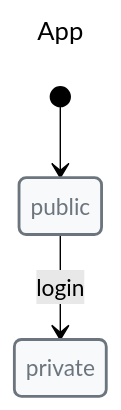
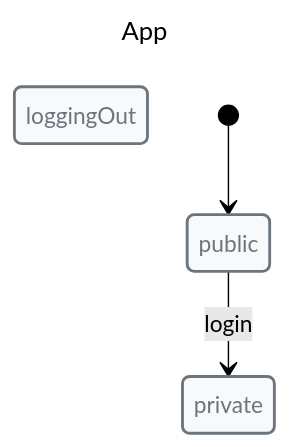
Before and after one commit to Masquerade-Circus/x-robot: the second of 2 diagrams in docs/concepts/nested.md, drawn with Mermaid (forest theme). The commit also changed other lines of this file and 123 other files, not shown here.

Commit message:
refactor: improve mermaid code

````diff
--- a/docs/concepts/nested.md
+++ b/docs/concepts/nested.md
@@ -62,25 +62,26 @@
 ```mermaid
 ---
 title: App
 ---
 
 stateDiagram-v2
+direction TB
 
 classDef danger fill:#f8d7da,stroke:#721c24,stroke-width:2px,text-align:left,color:#721c24
 classDef warning fill:#fff3cd,stroke:#856404,stroke-width:2px,text-align:left,color:#856404
 classDef success fill:#d4edda,stroke:#155724,stroke-width:2px,text-align:left,color:#155724
 classDef primary fill:#cce5ff,stroke:#004085,stroke-width:2px,text-align:left,color:#004085
 classDef info fill:#d1ecf1,stroke:#0c5460,stroke-width:2px,text-align:left,color:#0c5460
 classDef def fill:#f8f9fa,stroke:#6c757d,stroke-width:2px,text-align:left,color:#6c757d
 
-state public
-state private
-state loggingOut
+state "public" as public
+state "private" as private
+state "loggingOut" as loggingOut
 class public def
 class private def
 class loggingOut def
 
 
 [*] --> public
 public --> private: login
 ```
````
